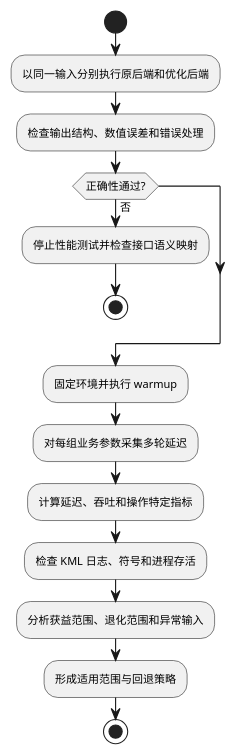
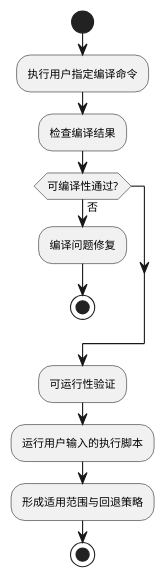
Before and after one commit to wlmnzf40/kblas-gemm-tuning: the sixth of 6 diagrams in references/detailed-design.md, drawn with PlantUML. The commit also changed other lines of this file, not shown here.

Commit message:
docs: revise compile and runtime validation flow

````diff
--- a/references/detailed-design.md
+++ b/references/detailed-design.md
@@ -398,20 +398,17 @@
 ```plantuml
 @startuml
 skinparam defaultFontName "Microsoft YaHei"
 skinparam defaultFontSize 10
 start
-:以同一输入分别执行原后端和优化后端;
-:检查输出结构、数值误差和错误处理;
-if (正确性通过?) then (否)
-  :停止性能测试并检查接口语义映射;
+:执行用户指定编译命令;
+:检查编译结果;
+if (可编译性通过?) then (否)
+  :编译问题修复;
   stop
 endif
-:固定环境并执行 warmup;
-:对每组业务参数采集多轮延迟;
-:计算延迟、吞吐和操作特定指标;
-:检查 KML 日志、符号和进程存活;
-:分析获益范围、退化范围和异常输入;
+:可运行性验证;
+:运行用户输入的执行脚本;
 :形成适用范围与回退策略;
 stop
 @enduml
 ```
````
